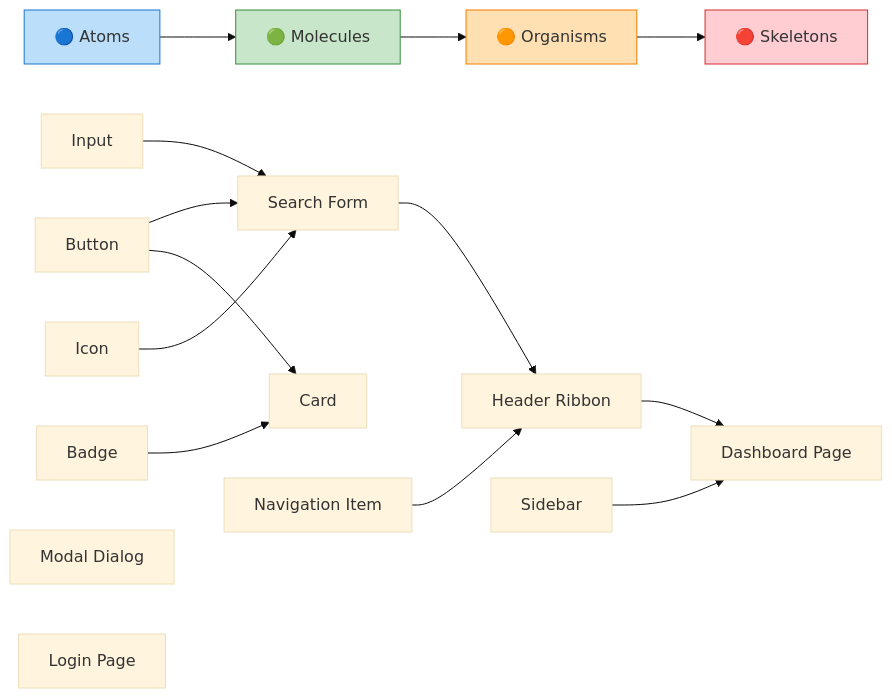
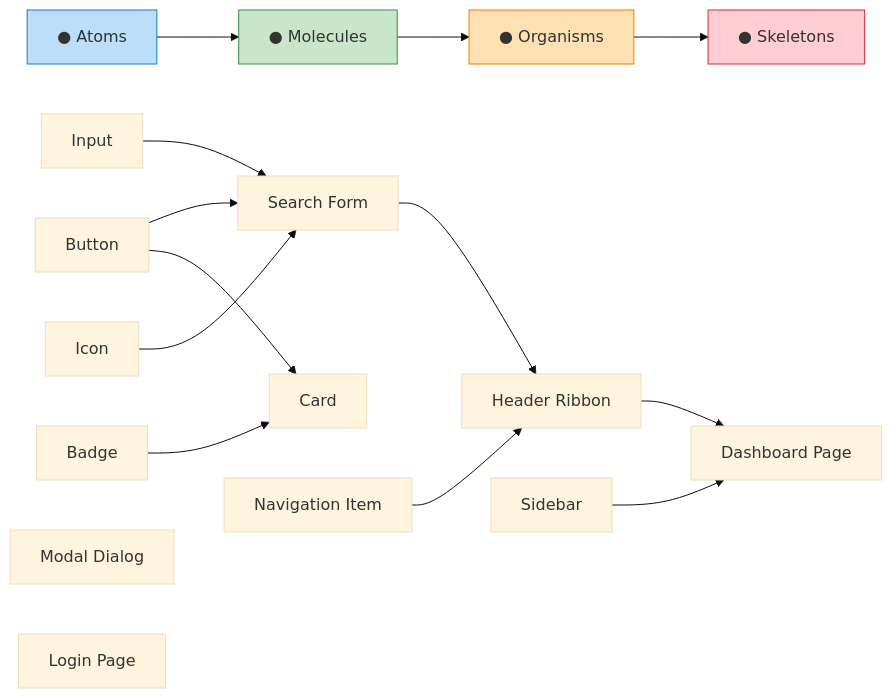
Before and after one commit to stylescape/stylescape: the second of 4 diagrams in doc/architecture.md, drawn with Mermaid (base theme). The commit also changed other lines of this file and 563 other files, not shown here.

````diff
--- a/doc/architecture.md
+++ b/doc/architecture.md
@@ -131,30 +131,30 @@
 ```mermaid
 flowchart LR
-    A[🔵 Atoms] --> M[🟢 Molecules] --> O[🟠 Organisms] --> S[🔴 Skeletons]
+    A[● Atoms] --> M[● Molecules] --> O[● Organisms] --> S[● Skeletons]
 
     A1[Button]
     A2[Input]
     A3[Icon]
     A4[Badge]
 
     M1[Search Form]
     M2[Card]
     M3[Navigation Item]
 
     O1[Header Ribbon]
     O2[Sidebar]
     O3[Modal Dialog]
 
     S1[Dashboard Page]
     S2[Login Page]
 
     A1 & A2 & A3 --> M1
     A1 & A4 --> M2
     M1 & M3 --> O1
     O1 & O2 --> S1
 
     style A fill:#bbdefb,stroke:#1976d2
     style M fill:#c8e6c9,stroke:#388e3c
     style O fill:#ffe0b2,stroke:#f57c00
     style S fill:#ffcdd2,stroke:#d32f2f
 ```
````
